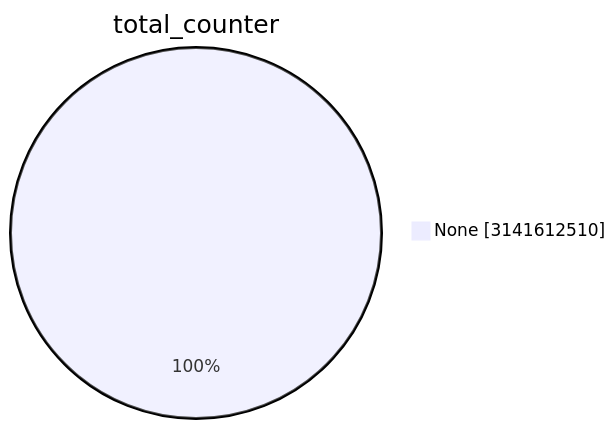
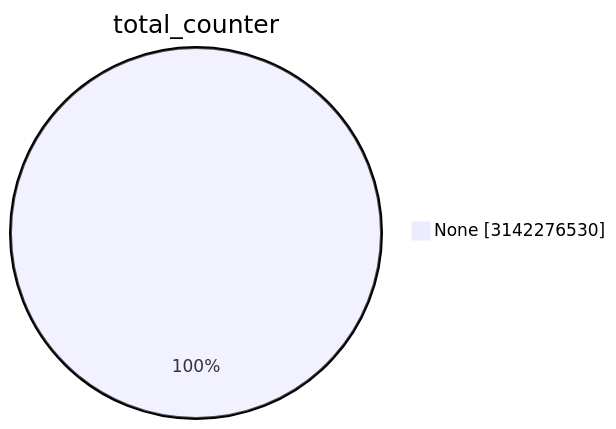
One commit to christiankrug/ctmonitor_visualization changed the first of 15 diagrams in TOTAL/README.md. Above: the diagram before and after it, drawn with Mermaid. The commit also changed other lines of this file, not shown here.

````diff
--- a/TOTAL/README.md
+++ b/TOTAL/README.md
@@ -1,5 +1,5 @@
 ```mermaid
 pie showData
 title total_counter
-"None" :3141612510
+"None" :3142276530
 ```
````
